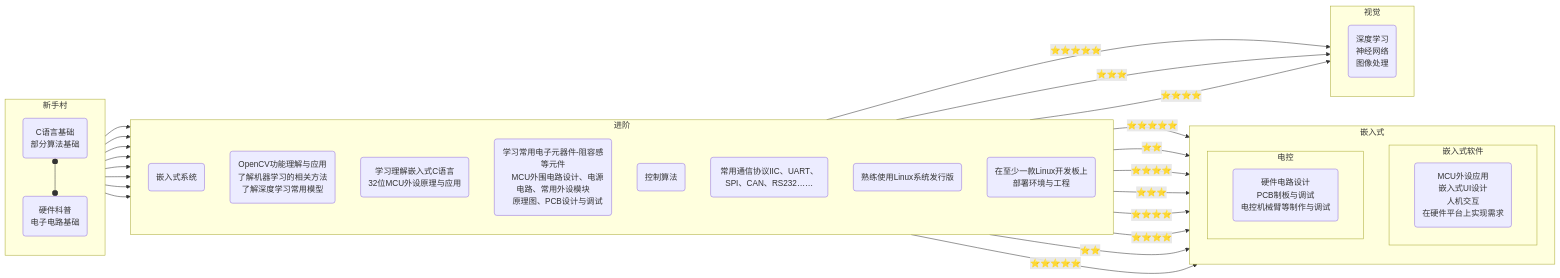
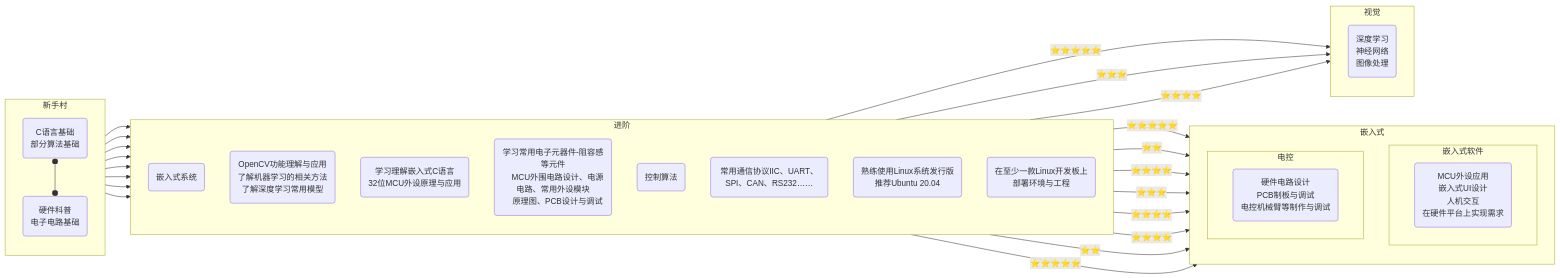
The diagram in README.md (LuckyE993/SAU_AI_Guide), drawn with Mermaid before and after one commit. The commit also changed other lines of this file and 1 other file, not shown here.

````diff
--- a/README.md
+++ b/README.md
@@ -6,72 +6,73 @@
 ``` mermaid
 flowchart LR
 subgraph 新手村
     direction TB
     A(C语言基础
     部分算法基础)
 
     B(硬件科普
     电子电路基础)
     A o--o B
 end
 subgraph 进阶
 direction TB
     K(嵌入式系统)
     
     C(OpenCV功能理解与应用
     了解机器学习的相关方法
     了解深度学习常用模型
     )
 
     D(学习理解嵌入式C语言
     32位MCU外设原理与应用)
 
     E(学习常用电子元器件-阻容感等元件
     MCU外围电路设计、电源电路、常用外设模块
     原理图、PCB设计与调试)
     
     M(控制算法)
 
     F(常用通信协议IIC、UART、SPI、CAN、RS232……)
 
-    J(熟练使用Linux系统发行版)
+    J(熟练使用Linux系统发行版
+    推荐Ubuntu 20.04)
 
     L(在至少一款Linux开发板上
     部署环境与工程)
 end
 
 subgraph 视觉
     G(深度学习
     神经网络
     图像处理)
 end
 subgraph 嵌入式
 direction TB
 subgraph 嵌入式软件
     H(MCU外设应用
     嵌入式UI设计
     人机交互
     在硬件平台上实现需求)
 end
 subgraph 电控
     I(硬件电路设计
     PCB制板与调试
     电控机械臂等制作与调试)
 end
 end
     新手村-->C & D & E & F & K & J & L & M
 
     C --⭐⭐⭐⭐⭐-->   视觉
     J --⭐⭐⭐-->   视觉
     L --⭐⭐⭐⭐-->   视觉
 
     D --⭐⭐⭐⭐⭐--> 嵌入式软件
     E --⭐⭐--> 嵌入式软件
     F --⭐⭐⭐⭐--> 嵌入式软件
     K --⭐⭐⭐--> 嵌入式软件
 
     D --⭐⭐⭐⭐--> 电控
     E --⭐⭐⭐⭐--> 电控
     F --⭐⭐--> 电控
     M --⭐⭐⭐⭐⭐--> 电控
 ```
````
